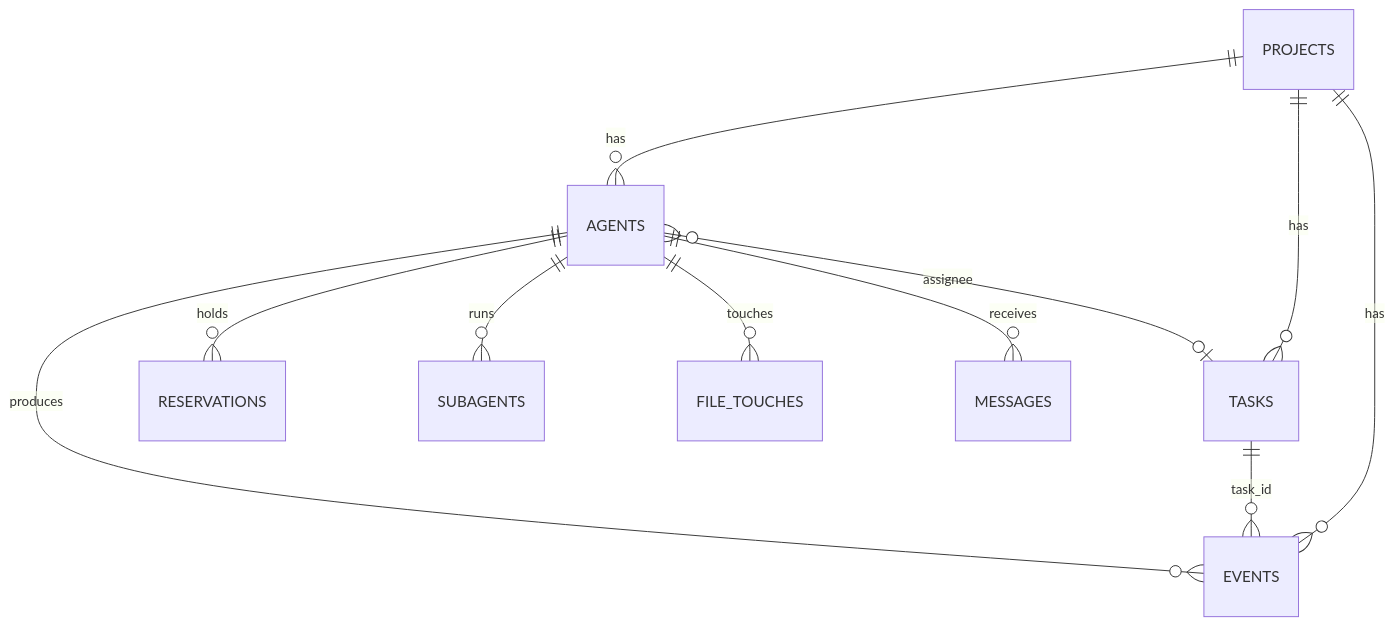
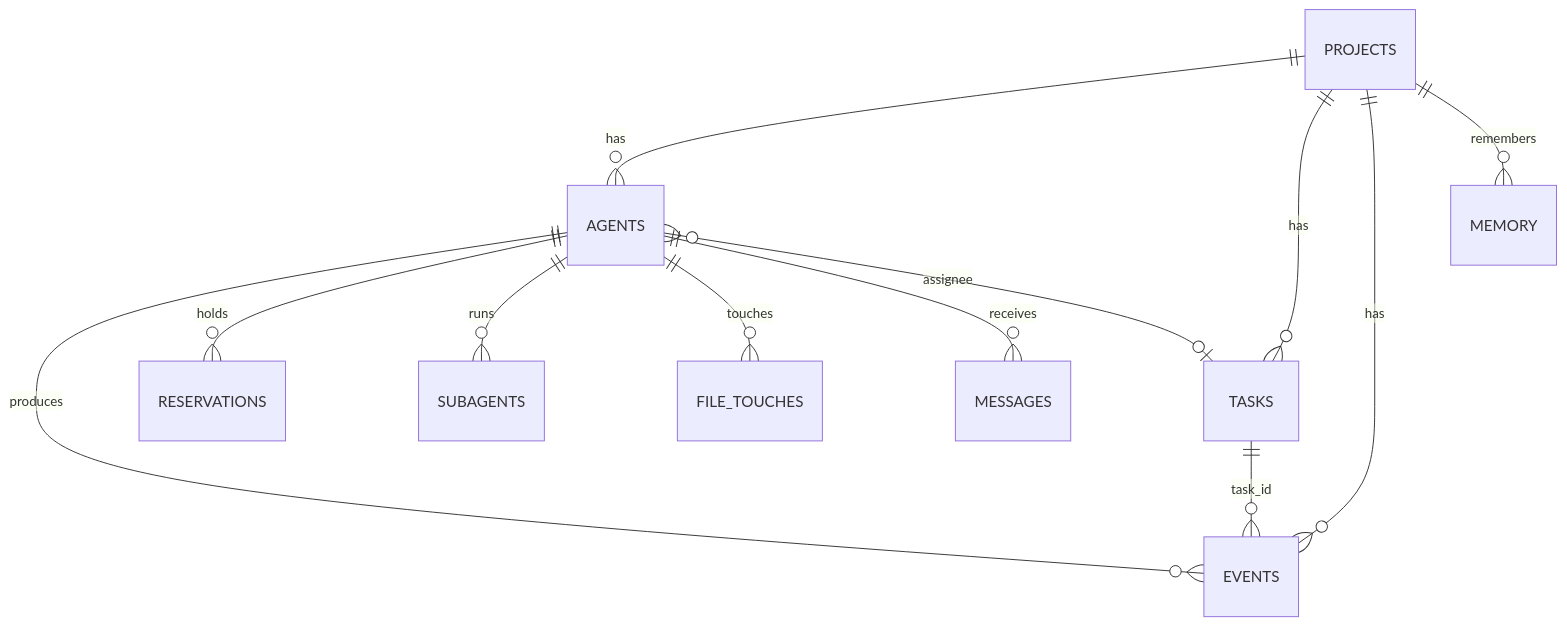
One commit to Malashkin/agentboard changed the diagram in docs/backend/data-model.md. Above: the diagram before and after it, drawn with Mermaid. The commit also changed other lines of this file and 10 other files, not shown here.

````diff
--- a/docs/backend/data-model.md
+++ b/docs/backend/data-model.md
@@ -12,13 +12,14 @@
 ```mermaid
 erDiagram
   PROJECTS ||--o{ AGENTS : has
   PROJECTS ||--o{ TASKS : has
   PROJECTS ||--o{ EVENTS : has
   AGENTS ||--o{ EVENTS : produces
   TASKS ||--o{ EVENTS : "task_id"
   AGENTS ||--o{ RESERVATIONS : holds
   AGENTS ||--o{ SUBAGENTS : runs
   AGENTS ||--o{ FILE_TOUCHES : touches
   AGENTS ||--o{ MESSAGES : receives
+  PROJECTS ||--o{ MEMORY : remembers
   AGENTS }o--o| TASKS : "assignee"
 ```
````
